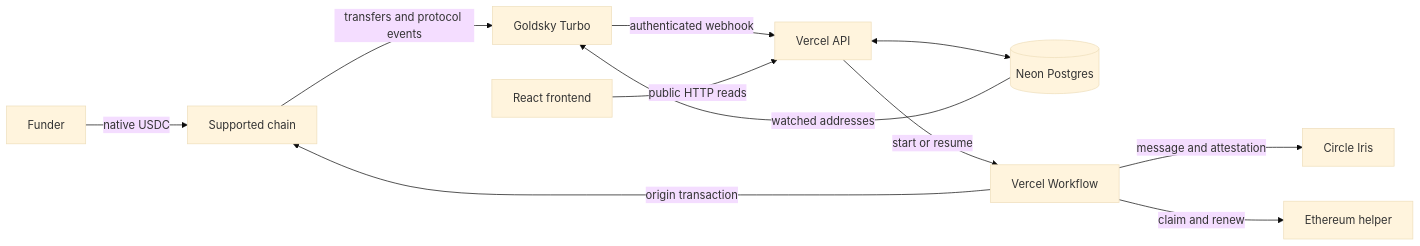
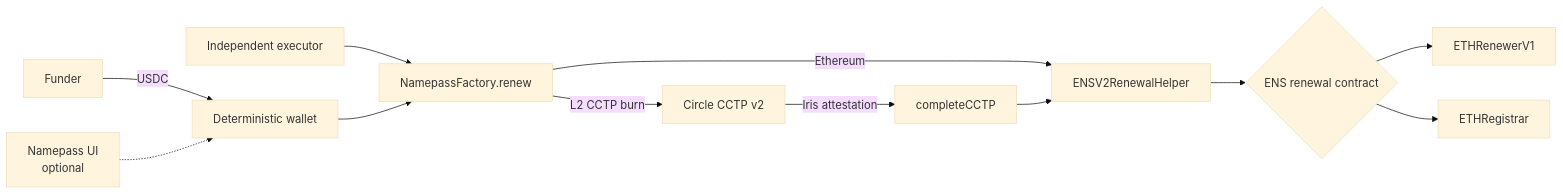
The diagram in README.md (WildcardLabs/namepass), drawn with Mermaid (base theme) before and after one commit. The commit also changed other lines of this file and 1 other file, not shown here.

Commit message:
Refocus README on protocol guarantees

````diff
--- a/README.md
+++ b/README.md
@@ -46,13 +37,14 @@
 ```mermaid
 flowchart LR
-    F[Funder] -->|native USDC| C[Supported chain]
-    C -->|transfers and protocol events| G[Goldsky Turbo]
-    G -->|authenticated webhook| A[Vercel API]
-    A <--> N[(Neon Postgres)]
-    A -->|start or resume| W[Vercel Workflow]
-    W -->|origin transaction| C
-    W -->|message and attestation| I[Circle Iris]
-    W -->|claim and renew| E[Ethereum helper]
-    B[React frontend] -->|public HTTP reads| A
-    N -->|watched addresses| G
+    U[Funder] -->|USDC| W[Deterministic wallet]
+    UI[Namepass UI<br/>optional] -.-> W
+    X[Independent executor] --> F[NamepassFactory.renew]
+    W --> F
+    F -->|Ethereum| H[ENSV2RenewalHelper]
+    F -->|L2 CCTP burn| C[Circle CCTP v2]
+    C -->|Iris attestation| Q[completeCCTP]
+    Q --> H
+    H --> R{ENS renewal contract}
+    R --> V1[ETHRenewerV1]
+    R --> V2[ETHRegistrar]
 ```
````
